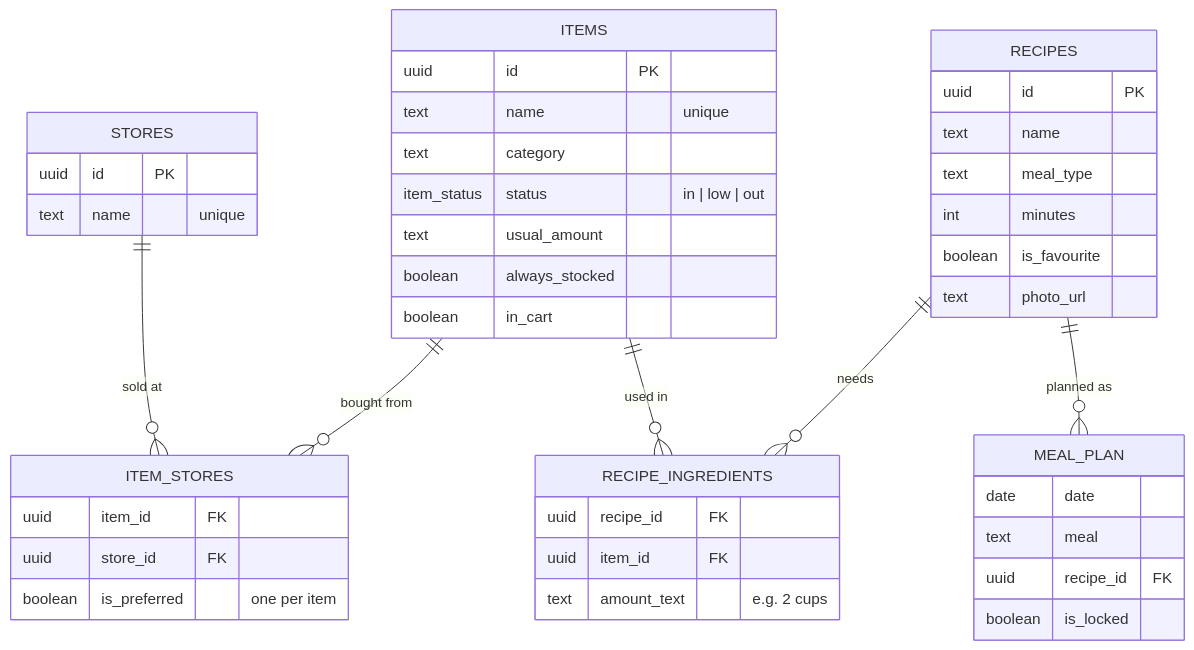
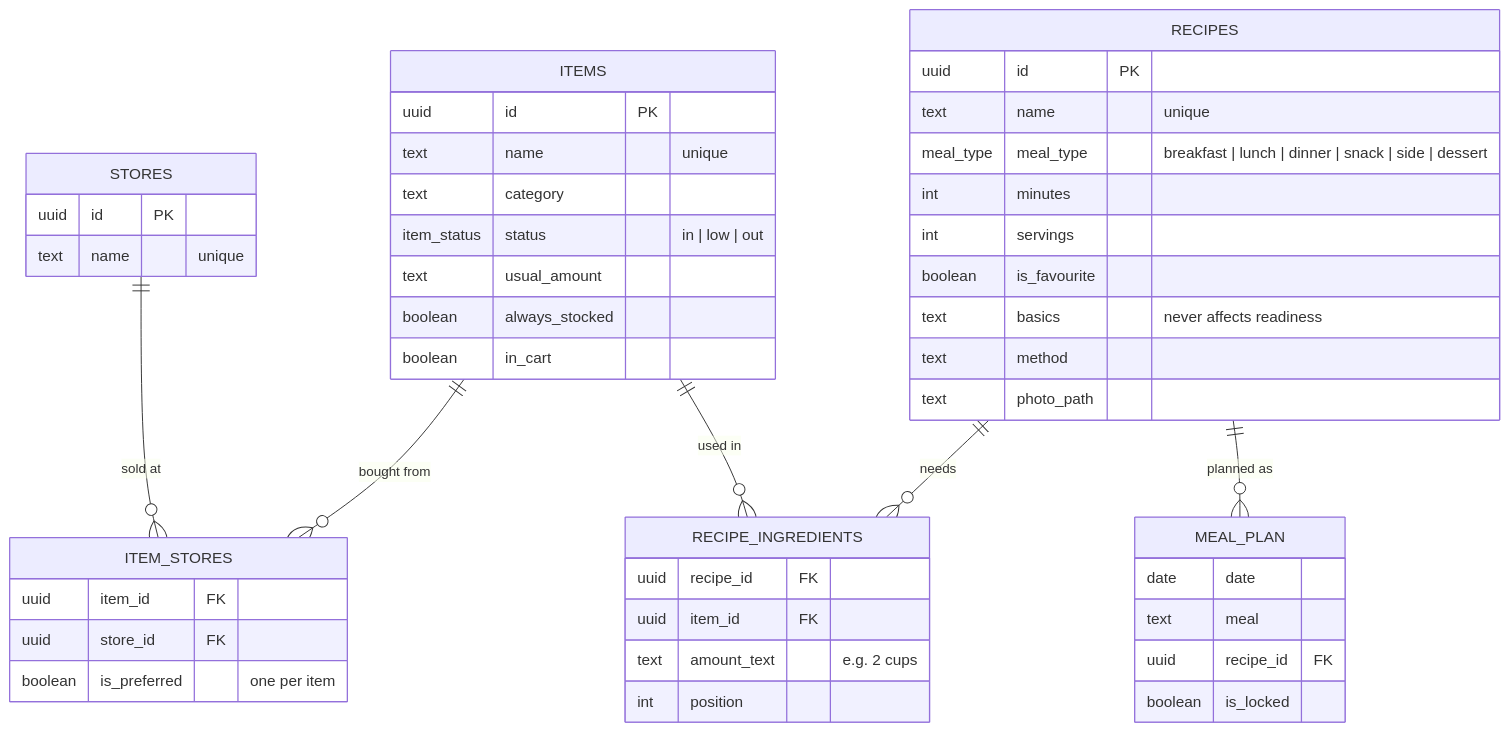
Before and after one commit to beegee123/pantry-app: the diagram in docs/BUILD_PLAN.md, drawn with Mermaid. The commit also changed other lines of this file and 7 other files, not shown here.

````diff
--- a/docs/BUILD_PLAN.md
+++ b/docs/BUILD_PLAN.md
@@ -108,46 +121,50 @@
 ```mermaid
 erDiagram
     STORES ||--o{ ITEM_STORES : "sold at"
     ITEMS ||--o{ ITEM_STORES : "bought from"
     ITEMS ||--o{ RECIPE_INGREDIENTS : "used in"
     RECIPES ||--o{ RECIPE_INGREDIENTS : "needs"
     RECIPES ||--o{ MEAL_PLAN : "planned as"
 
     STORES {
         uuid id PK
         text name "unique"
     }
     ITEMS {
         uuid id PK
         text name "unique"
         text category
         item_status status "in | low | out"
         text usual_amount
         boolean always_stocked
         boolean in_cart
     }
     ITEM_STORES {
         uuid item_id FK
         uuid store_id FK
         boolean is_preferred "one per item"
     }
     RECIPES {
         uuid id PK
-        text name
-        text meal_type
+        text name "unique"
+        meal_type meal_type "breakfast | lunch | dinner | snack | side | dessert"
         int minutes
+        int servings
         boolean is_favourite
-        text photo_url
+        text basics "never affects readiness"
+        text method
+        text photo_path
     }
     RECIPE_INGREDIENTS {
         uuid recipe_id FK
         uuid item_id FK
         text amount_text "e.g. 2 cups"
+        int position
     }
     MEAL_PLAN {
         date date
         text meal
         uuid recipe_id FK
         boolean is_locked
     }
 ```
````
